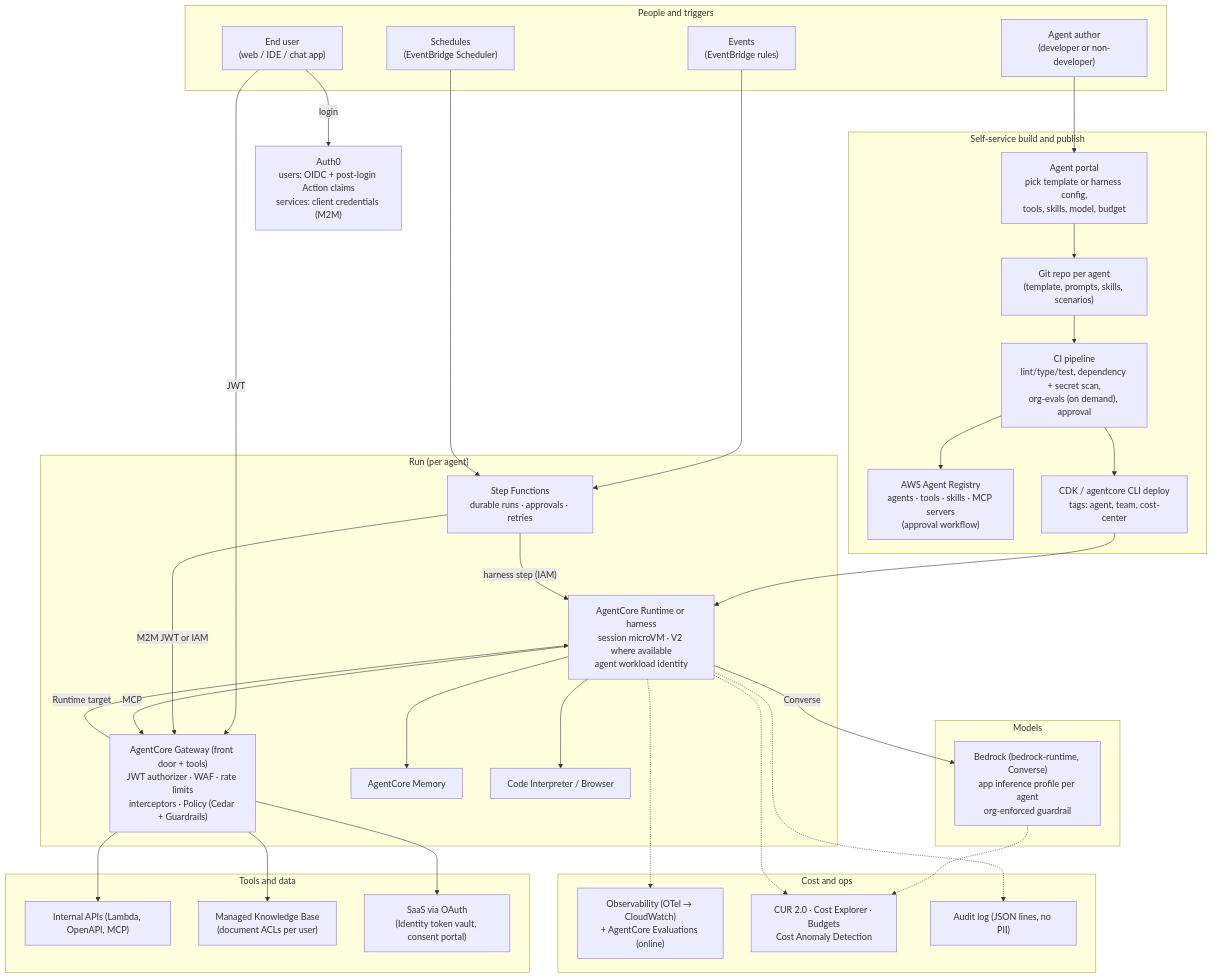
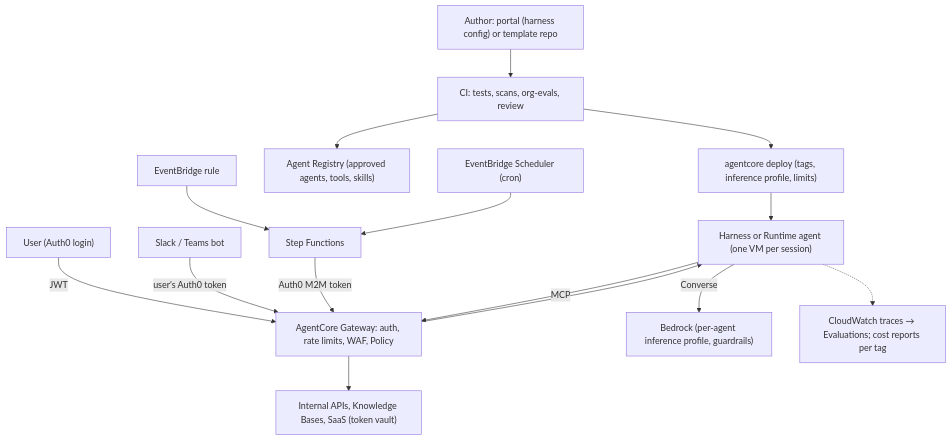
The third of 3 diagrams in AGENTCORE_BEDROCK_LANDSCAPE.md (e6qu/hairballs), drawn with Mermaid before and after one commit. The commit also changed other lines of this file and 1 other file, not shown here.

First line of the commit message:
Rewrite the AgentCore/Bedrock doc as a step-by-step developer introduction

````diff
--- a/AGENTCORE_BEDROCK_LANDSCAPE.md
+++ b/AGENTCORE_BEDROCK_LANDSCAPE.md
@@ -608,57 +493,17 @@
 ```mermaid
 flowchart TB
-  subgraph People["People and triggers"]
-    DEV["Agent author<br/>(developer or non-developer)"]
-    USR["End user<br/>(web / IDE / chat app)"]
-    EVT["Events<br/>(EventBridge rules)"]
-    SCH["Schedules<br/>(EventBridge Scheduler)"]
-  end
-  A0["Auth0<br/>users: OIDC + post-login Action claims<br/>services: client credentials (M2M)"]
-  subgraph Build["Self-service build and publish"]
-    PORTAL["Agent portal<br/>pick template or harness config,<br/>tools, skills, model, budget"]
-    REPO["Git repo per agent<br/>(template, prompts, skills, scenarios)"]
-    CI["CI pipeline<br/>lint/type/test, dependency + secret scan,<br/>org-evals (on demand), approval"]
-    REG["AWS Agent Registry<br/>agents · tools · skills · MCP servers<br/>(approval workflow)"]
-    IAC["CDK / agentcore CLI deploy<br/>tags: agent, team, cost-center"]
-  end
-  subgraph Run["Run (per agent)"]
-    GW["AgentCore Gateway (front door + tools)<br/>JWT authorizer · WAF · rate limits<br/>interceptors · Policy (Cedar + Guardrails)"]
-    RT["AgentCore Runtime or harness<br/>session microVM · V2 where available<br/>agent workload identity"]
-    SF["Step Functions<br/>durable runs · approvals · retries"]
-    ME["AgentCore Memory"]
-    TL["Code Interpreter / Browser"]
-  end
-  subgraph Models["Models"]
-    BR["Bedrock (bedrock-runtime, Converse)<br/>app inference profile per agent<br/>org-enforced guardrail"]
-  end
-  subgraph Tools["Tools and data"]
-    T1["Internal APIs (Lambda, OpenAPI, MCP)"]
-    KB["Managed Knowledge Base<br/>(document ACLs per user)"]
-    SAAS["SaaS via OAuth<br/>(Identity token vault, consent portal)"]
-  end
-  subgraph Cost["Cost and ops"]
-    OB["Observability (OTel → CloudWatch)<br/>+ AgentCore Evaluations (online)"]
-    CUR["CUR 2.0 · Cost Explorer · Budgets<br/>Cost Anomaly Detection"]
-    AUD["Audit log (JSON lines, no PII)"]
-  end
-  DEV --> PORTAL --> REPO --> CI --> IAC --> RT
-  CI --> REG
-  USR -->|"login"| A0
-  USR -->|"JWT"| GW
-  EVT --> SF
-  SCH --> SF
-  SF -->|"M2M JWT or IAM"| GW
-  SF -->|"harness step (IAM)"| RT
-  GW -->|"Runtime target"| RT
-  RT -->|"Converse"| BR
+  AUTH["Author: portal (harness config) or template repo"] --> CI["CI: tests, scans, org-evals, review"]
+  CI --> DEP["agentcore deploy (tags, inference profile, limits)"]
+  CI --> REG["Agent Registry (approved agents, tools, skills)"]
+  USER["User (Auth0 login)"] -->|"JWT"| GW
+  CHAT["Slack / Teams bot"] -->|"user's Auth0 token"| GW
+  EVT["EventBridge rule"] --> SF["Step Functions"]
+  CRON["EventBridge Scheduler (cron)"] --> SF
+  SF -->|"Auth0 M2M token"| GW
+  GW["AgentCore Gateway: auth, rate limits, WAF, Policy"] --> RT["Harness or Runtime agent (one VM per session)"]
+  DEP --> RT
+  RT -->|"Converse"| BR["Bedrock (per-agent inference profile, guardrails)"]
   RT -->|"MCP"| GW
-  GW --> T1
-  GW --> KB
-  GW --> SAAS
-  RT --> ME
-  RT --> TL
-  RT -.-> OB
-  RT -.-> AUD
-  BR -.-> CUR
-  RT -.-> CUR
+  GW --> TOOLS["Internal APIs, Knowledge Bases, SaaS (token vault)"]
+  RT -.-> OBS["CloudWatch traces → Evaluations; cost reports per tag"]
 ```
````
